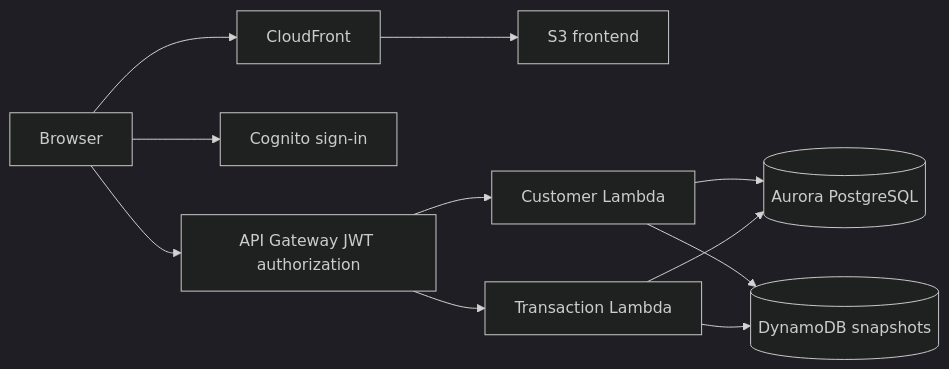
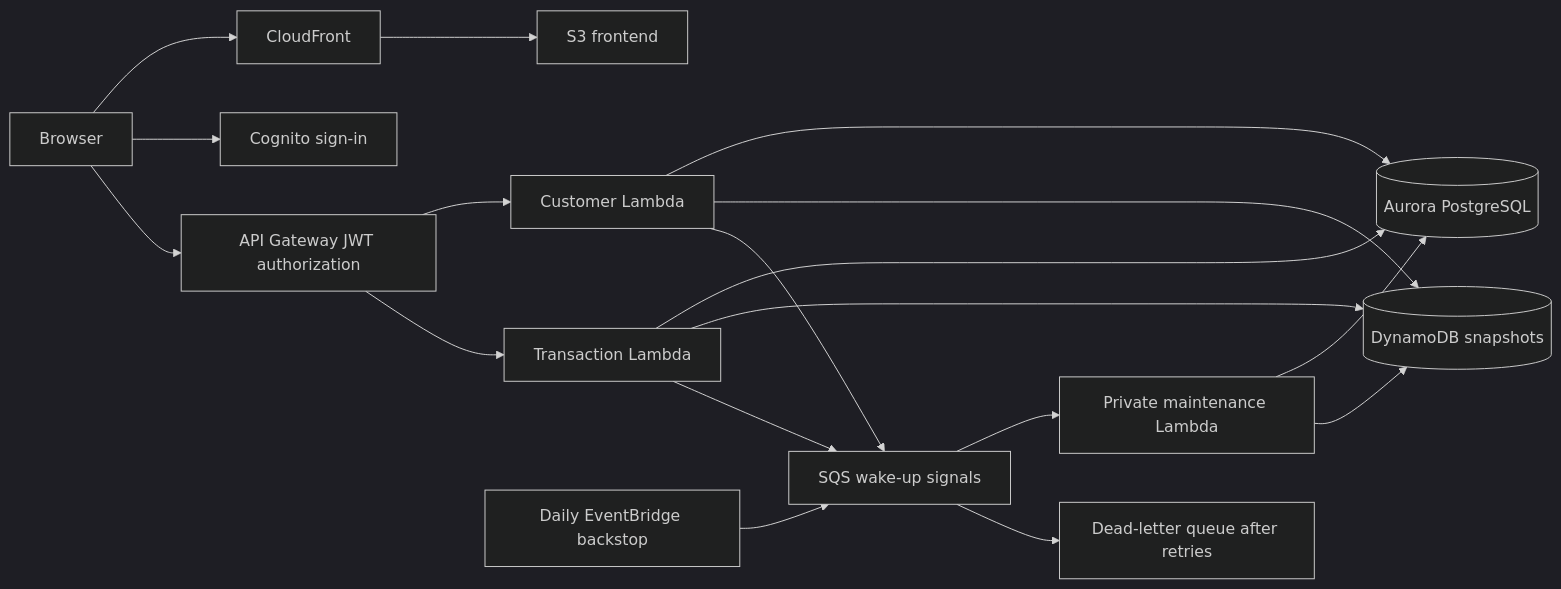
The diagram in README.md (bhaveshmantrabuddi/capital_ledger), drawn with Mermaid (dark theme) before and after one commit. The commit also changed other lines of this file and 20 other files, not shown here.

````diff
--- a/README.md
+++ b/README.md
@@ -33,13 +35,20 @@
 ```mermaid
 flowchart LR
   B[Browser] --> CF[CloudFront]
   CF --> S3[S3 frontend]
   B --> ID[Cognito sign-in]
   B --> API[API Gateway JWT authorization]
   API --> C[Customer Lambda]
   API --> T[Transaction Lambda]
   C --> SQL[(Aurora PostgreSQL)]
   T --> SQL
   C --> DDB[(DynamoDB snapshots)]
   T --> DDB
+  C --> Q[SQS wake-up signals]
+  T --> Q
+  E[Daily EventBridge backstop] --> Q
+  Q --> W[Private maintenance Lambda]
+  W --> SQL
+  W --> DDB
+  Q --> DLQ[Dead-letter queue after retries]
 ```
````
